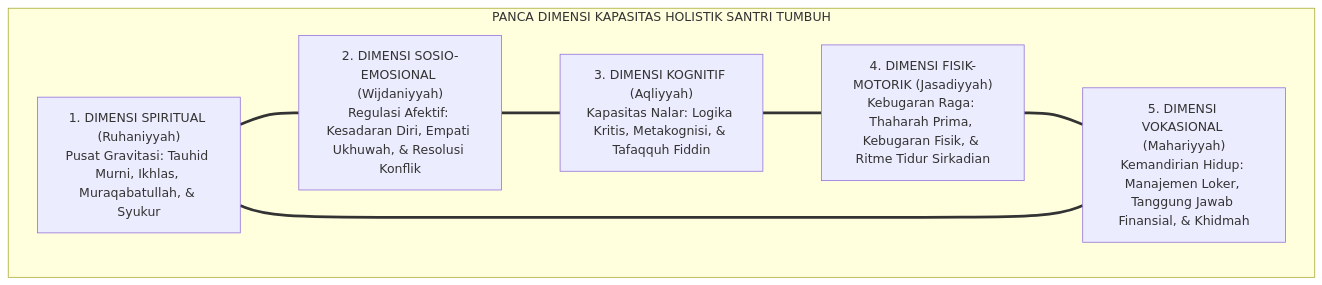
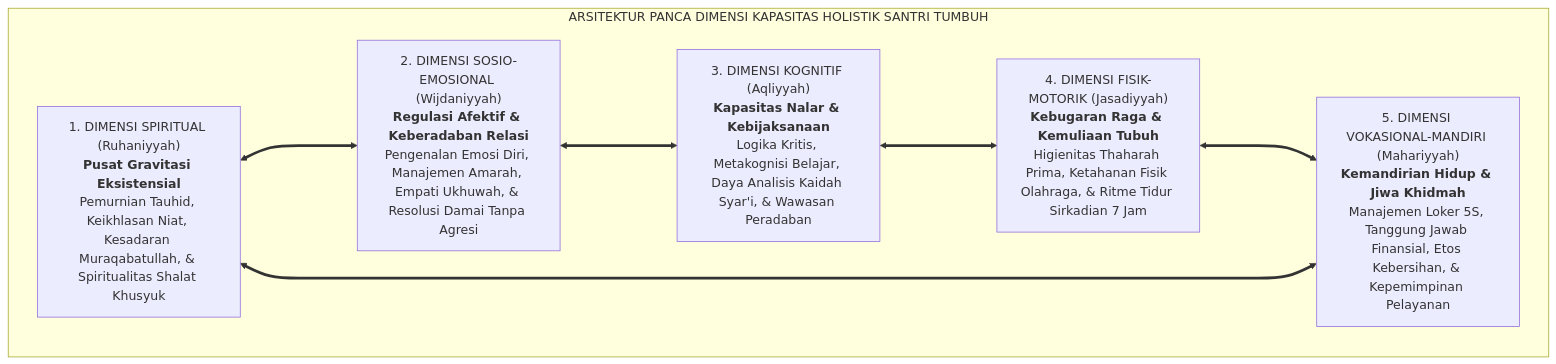
The first of 4 diagrams in BOOK-SERIES/Volume-02/Bab-01-Arsitektur-Kapasitas-Holistik-Berbasis-Fitrah/02-Lima-Dimensi-Kapasitas-Holistik-Santri.md (wandiapriliyandi/tumbuh), drawn with Mermaid before and after one commit. The commit also changed other lines of this file and 18 other files, not shown here.

````diff
--- a/BOOK-SERIES/Volume-02/Bab-01-Arsitektur-Kapasitas-Holistik-Berbasis-Fitrah/02-Lima-Dimensi-Kapasitas-Holistik-Santri.md
+++ b/BOOK-SERIES/Volume-02/Bab-01-Arsitektur-Kapasitas-Holistik-Berbasis-Fitrah/02-Lima-Dimensi-Kapasitas-Holistik-Santri.md
@@ -16,20 +18,20 @@
 ```mermaid
 graph TD
-    subgraph PancaDimensi["PANCA DIMENSI KAPASITAS HOLISTIK SANTRI TUMBUH"]
-        D1["1. DIMENSI SPIRITUAL (Ruhaniyyah)<br/>Pusat Gravitasi: Tauhid Murni, Ikhlas, Muraqabatullah, & Syukur"]
+    subgraph PancaDimensi["ARSITEKTUR PANCA DIMENSI KAPASITAS HOLISTIK SANTRI TUMBUH"]
+        D1["1. DIMENSI SPIRITUAL (Ruhaniyyah)<br/><b>Pusat Gravitasi Eksistensial</b><br/>Pemurnian Tauhid, Keikhlasan Niat, Kesadaran Muraqabatullah, & Spiritualitas Shalat Khusyuk"]
         
-        D2["2. DIMENSI SOSIO-EMOSIONAL (Wijdaniyyah)<br/>Regulasi Afektif: Kesadaran Diri, Empati Ukhuwah, & Resolusi Konflik"]
+        D2["2. DIMENSI SOSIO-EMOSIONAL (Wijdaniyyah)<br/><b>Regulasi Afektif & Keberadaban Relasi</b><br/>Pengenalan Emosi Diri, Manajemen Amarah, Empati Ukhuwah, & Resolusi Damai Tanpa Agresi"]
         
-        D3["3. DIMENSI KOGNITIF (Aqliyyah)<br/>Kapasitas Nalar: Logika Kritis, Metakognisi, & Tafaqquh Fiddin"]
+        D3["3. DIMENSI KOGNITIF (Aqliyyah)<br/><b>Kapasitas Nalar & Kebijaksanaan</b><br/>Logika Kritis, Metakognisi Belajar, Daya Analisis Kaidah Syar'i, & Wawasan Peradaban"]
         
-        D4["4. DIMENSI FISIK-MOTORIK (Jasadiyyah)<br/>Kebugaran Raga: Thaharah Prima, Kebugaran Fisik, & Ritme Tidur Sirkadian"]
+        D4["4. DIMENSI FISIK-MOTORIK (Jasadiyyah)<br/><b>Kebugaran Raga & Kemuliaan Tubuh</b><br/>Higienitas Thaharah Prima, Ketahanan Fisik Olahraga, & Ritme Tidur Sirkadian 7 Jam"]
         
-        D5["5. DIMENSI VOKASIONAL (Mahariyyah)<br/>Kemandirian Hidup: Manajemen Loker, Tanggung Jawab Finansial, & Khidmah"]
+        D5["5. DIMENSI VOKASIONAL-MANDIRI (Mahariyyah)<br/><b>Kemandirian Hidup & Jiwa Khidmah</b><br/>Manajemen Loker 5S, Tanggung Jawab Finansial, Etos Kebersihan, & Kepemimpinan Pelayanan"]
         
-        D1 === D2
-        D2 === D3
-        D3 === D4
-        D4 === D5
-        D5 === D1
+        D1 <===> D2
+        D2 <===> D3
+        D3 <===> D4
+        D4 <===> D5
+        D5 <===> D1
     end
 ```
````
